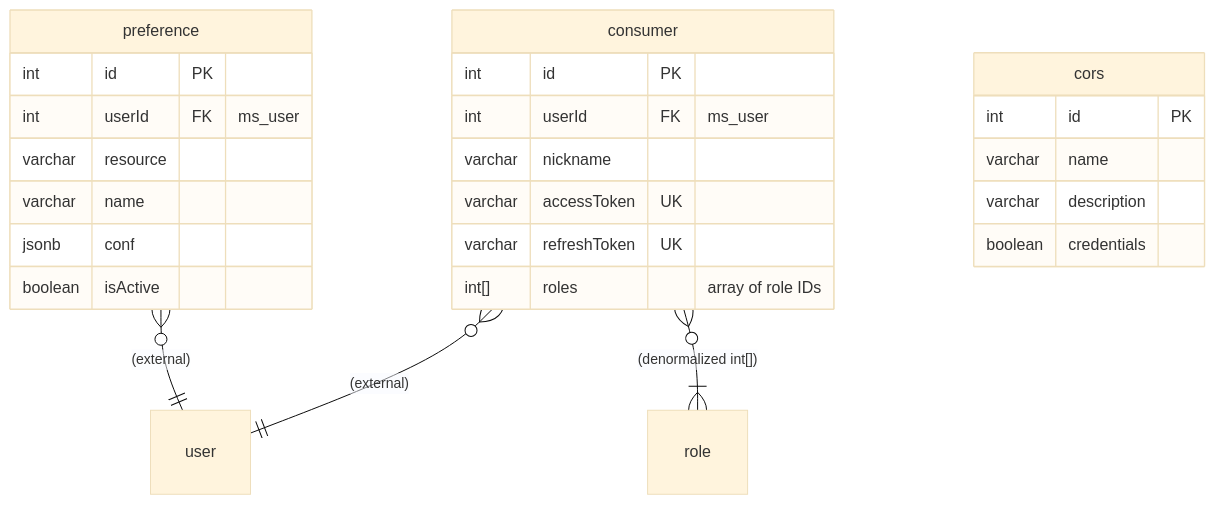
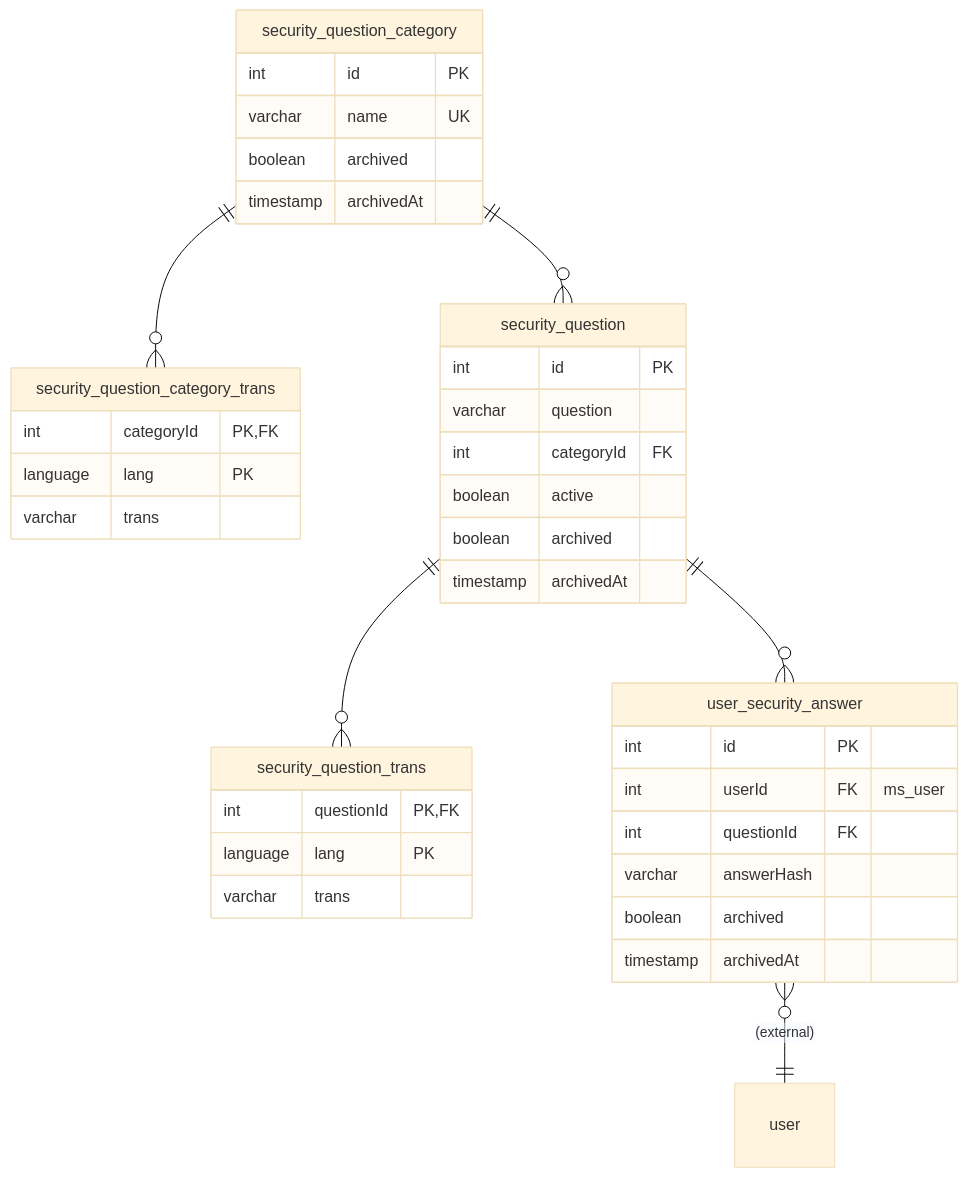
One commit to ALTEN-group/Foxnox changed the second of 2 diagrams in doc/erd.md. Above: the diagram before and after it, drawn with Mermaid (base theme). The commit also changed other lines of this file and 166 other files, not shown here.

````diff
--- a/doc/erd.md
+++ b/doc/erd.md
@@ -125,44 +87,54 @@
 ```mermaid
 ---
-caption: Entity Relationship Diagram - Consumer & Preferences
+caption: Entity Relationship Diagram - Security Questions
 ---
 
 erDiagram
 
-  consumer }o--|| user : "(external)"
-  consumer }o--|{ role : "(denormalized int[])"
-  preference }o--|| user : "(external)"
+  security_question_category ||--o{ security_question_category_trans : ""
+  security_question_category ||--o{ security_question : ""
+  security_question ||--o{ security_question_trans : ""
+  security_question ||--o{ user_security_answer : ""
+  user_security_answer }o--|| user : "(external)"
 
-  cors {
+  security_question_category {
     int id PK
-    varchar name
-    varchar description
-    boolean credentials
+    varchar name UK
+    boolean archived
+    timestamp archivedAt
   }
 
-  consumer {
+  security_question_category_trans {
+    int categoryId PK, FK
+    language lang PK
+    varchar trans
+  }
+
+  security_question {
+    int id PK
+    varchar question
+    int categoryId FK
+    boolean active
+    boolean archived
+    timestamp archivedAt
+  }
+
+  security_question_trans {
+    int questionId PK, FK
+    language lang PK
+    varchar trans
+  }
+
+  user_security_answer {
     int id PK
     int userId FK "ms_user"
-    varchar nickname
-    varchar accessToken UK
-    varchar refreshToken UK
-    int[] roles "array of role IDs"
-  }
-
-  preference {
-    int id PK
-    int userId FK "ms_user"
-    varchar resource
-    varchar name
-    jsonb conf
-    boolean isActive
+    int questionId FK
+    varchar answerHash
+    boolean archived
+    timestamp archivedAt
   }
 
   user {
 
   }
-
-  role {
-
-  }
 ```
````
